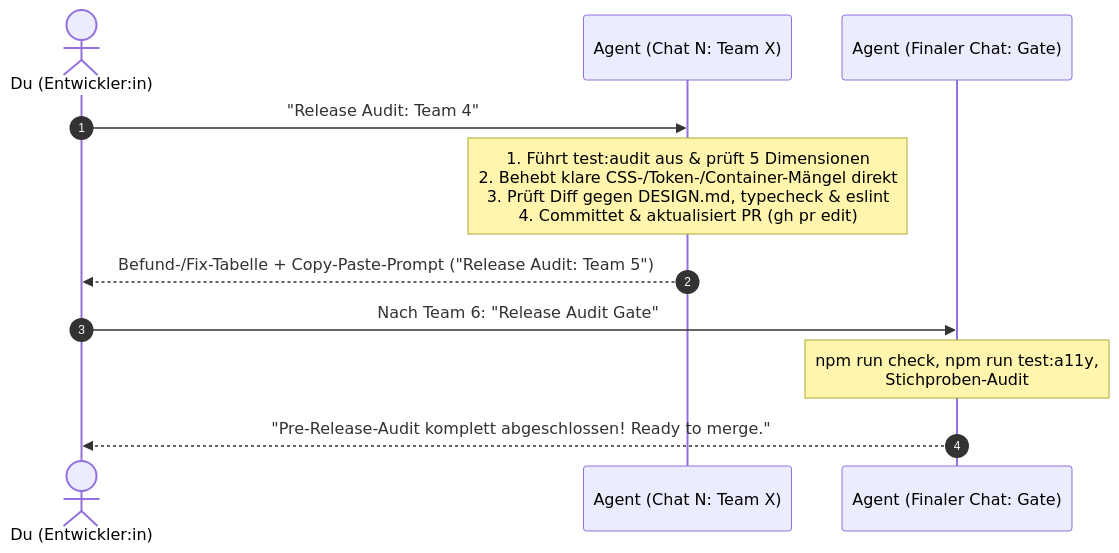
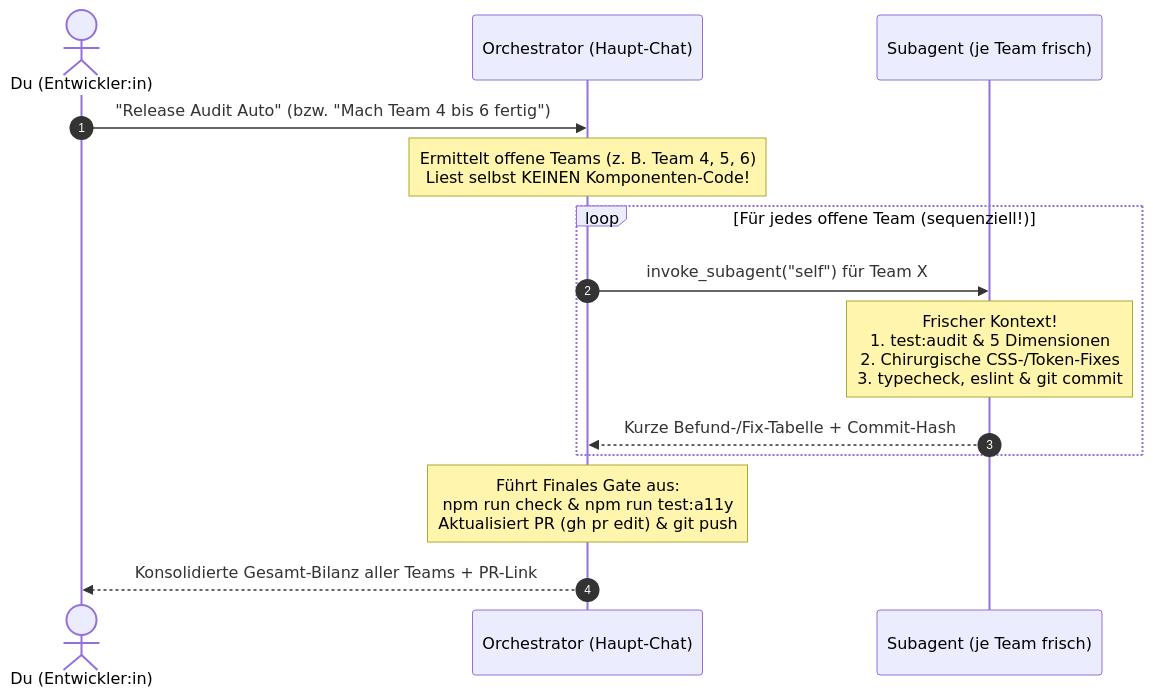
One commit to dmstern/reisotor changed the second of 2 diagrams in docs/UI_AUDIT_GUIDE.md. Above: the diagram before and after it, drawn with Mermaid. The commit also changed other lines of this file and 1 other file, not shown here.

Commit message:
docs(audit): switch release audit standard to sequential subagent orchestrator

````diff
--- a/docs/UI_AUDIT_GUIDE.md
+++ b/docs/UI_AUDIT_GUIDE.md
@@ -156,15 +155,17 @@
 ```mermaid
 sequenceDiagram
     autonumber
     actor Du as Du (Entwickler:in)
-    participant A as Agent (Chat N: Team X)
-    participant G as Agent (Finaler Chat: Gate)
+    participant O as Orchestrator (Haupt-Chat)
+    participant S as Subagent (je Team frisch)
 
-    Du->>A: "Release Audit: Team 4"
-    Note over A: 1. Führt test:audit aus & prüft 5 Dimensionen<br/>2. Behebt klare CSS-/Token-/Container-Mängel direkt<br/>3. Prüft Diff gegen DESIGN.md, typecheck & eslint<br/>4. Committet & aktualisiert PR (gh pr edit)
-    A-->>Du: Befund-/Fix-Tabelle + Copy-Paste-Prompt ("Release Audit: Team 5")
-
-    Du->>G: Nach Team 6: "Release Audit Gate"
-    Note over G: npm run check, npm run test:a11y,<br/>Stichproben-Audit
-    G-->>Du: "Pre-Release-Audit komplett abgeschlossen! Ready to merge."
+    Du->>O: "Release Audit Auto" (bzw. "Mach Team 4 bis 6 fertig")
+    Note over O: Ermittelt offene Teams (z. B. Team 4, 5, 6)<br/>Liest selbst KEINEN Komponenten-Code!
+    loop Für jedes offene Team (sequenziell!)
+        O->>S: invoke_subagent("self") für Team X
+        Note over S: Frischer Kontext!<br/>1. test:audit & 5 Dimensionen<br/>2. Chirurgische CSS-/Token-Fixes<br/>3. typecheck, eslint & git commit
+        S-->>O: Kurze Befund-/Fix-Tabelle + Commit-Hash
+    end
+    Note over O: Führt Finales Gate aus:<br/>npm run check & npm run test:a11y<br/>Aktualisiert PR (gh pr edit) & git push
+    O-->>Du: Konsolidierte Gesamt-Bilanz aller Teams + PR-Link
 ```
````
